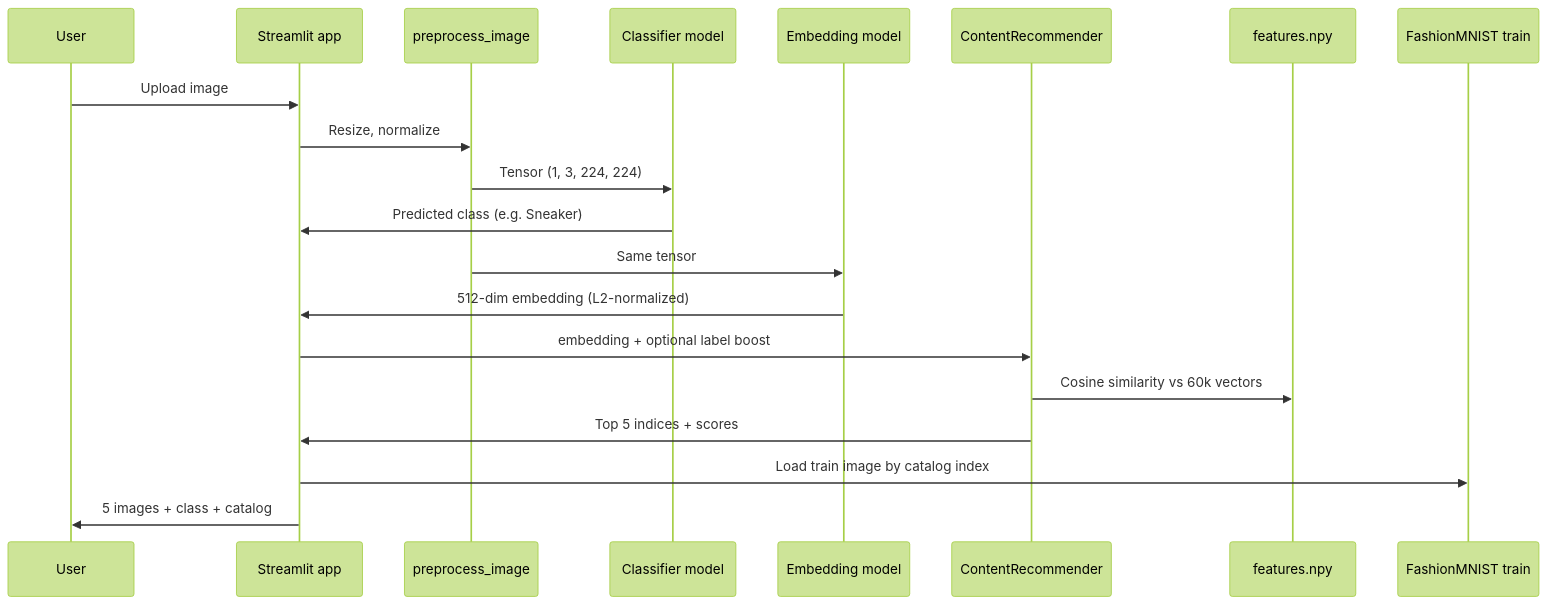
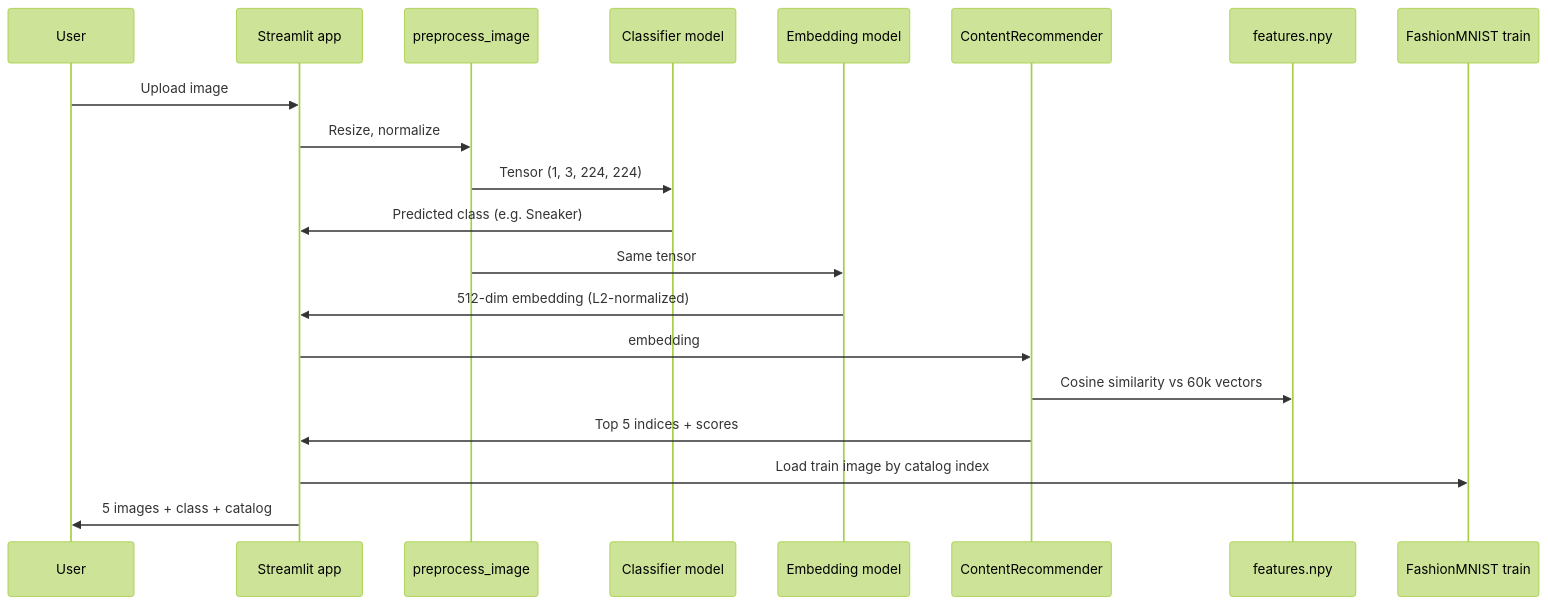
One commit to sumathis15/Recommendation_Engine changed the sixth of 7 diagrams in Image Recommendation Guide.md. Above: the diagram before and after it, drawn with Mermaid (forest theme). The commit also changed other lines of this file and 3 other files, not shown here.

````diff
--- a/Image Recommendation Guide.md
+++ b/Image Recommendation Guide.md
@@ -799,23 +782,23 @@
 ```mermaid
 sequenceDiagram
     participant U as User
     participant S as Streamlit app
     participant P as preprocess_image
     participant C as Classifier model
     participant E as Embedding model
     participant R as ContentRecommender
     participant F as features.npy
     participant FM as FashionMNIST train
 
     U->>S: Upload image
     S->>P: Resize, normalize
     P->>C: Tensor (1, 3, 224, 224)
     C->>S: Predicted class (e.g. Sneaker)
     P->>E: Same tensor
     E->>S: 512-dim embedding (L2-normalized)
-    S->>R: embedding + optional label boost
+    S->>R: embedding
     R->>F: Cosine similarity vs 60k vectors
     R->>S: Top 5 indices + scores
     S->>FM: Load train image by catalog index
     S->>U: 5 images + class + catalog # + visual match score
 ```
````
